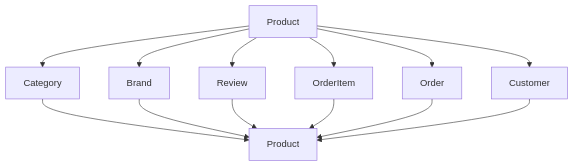
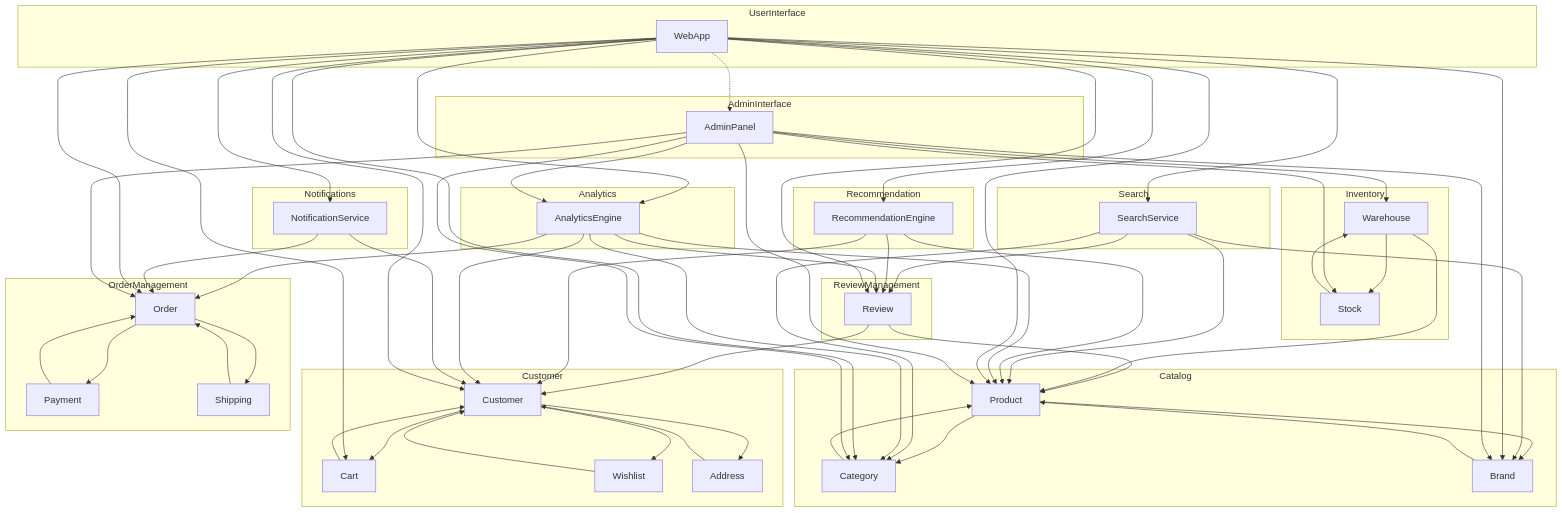
One commit to jmrashed/ecommerce changed the diagram in README.md. Above: the diagram before and after it, drawn with Mermaid.

````diff
--- a/README.md
+++ b/README.md
@@ -85,15 +85,89 @@
 ```mermaid
 graph TD
-    A[Product] --> B[Category]
-    A --> C[Brand]
-    A --> D[Review]
-    A --> E[OrderItem]
-    A --> F[Order]
-    A --> G[Customer]
-    B --> H[Product]
-    C --> H
-    D --> H
-    E --> H
-    F --> H
-    G --> H
+    subgraph Catalog
+        A[Product] --> B[Category]
+        A --> C[Brand]
+        B --> A
+        C --> A
+    end
+    
+    subgraph Customer
+        G[Customer] --> I[Cart]
+        G --> J[Wishlist]
+        G --> K[Address]
+        I --> G
+        J --> G
+        K --> G
+    end
+    
+    subgraph OrderManagement
+        F[Order] --> L[Payment]
+        F --> M[Shipping]
+        L --> F
+        M --> F
+    end
+    
+    subgraph ReviewManagement
+        D[Review] --> A
+        D --> G
+    end
+    
+    subgraph Inventory
+        N[Warehouse] --> A
+        O[Stock] --> N
+        N --> O
+    end
+    
+    subgraph Search
+        P[SearchService] --> A
+        P --> B
+        P --> C
+        P --> D
+    end
+    
+    subgraph Recommendation
+        Q[RecommendationEngine] --> A
+        Q --> G
+        Q --> D
+    end
+    
+    subgraph Analytics
+        R[AnalyticsEngine] --> G
+        R --> A
+        R --> F
+        R --> D
+        R --> B
+    end
+    
+    subgraph Notifications
+        S[NotificationService] --> G
+        S --> F
+    end
+    
+    subgraph UserInterface
+        T[WebApp] --> G
+        T --> A
+        T --> I
+        T --> F
+        T --> P
+        T --> Q
+        T --> S
+        T --> R
+        T --> D
+        T --> B
+        T --> C
+    end
+    
+    subgraph AdminInterface
+        U[AdminPanel] --> A
+        U --> B
+        U --> C
+        U --> F
+        U --> N
+        U --> O
+        U --> R
+    end
+    
+    T -.-> U
+
 ```
````
